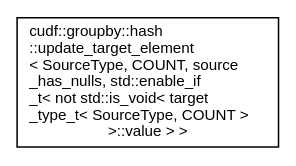
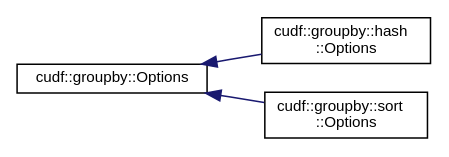
Before and after one commit to rapidsai/projects: the diagram in libcudf/0.9.0/inherit_graph_100.dot, drawn with Graphviz. The commit also changed 707 other files, not shown here.

```diff
--- a/libcudf/0.9.0/inherit_graph_100.dot
+++ b/libcudf/0.9.0/inherit_graph_100.dot
@@ -1,7 +1,11 @@
 digraph "Graphical Class Hierarchy"
 {
   edge [fontname="Helvetica",fontsize="10",labelfontname="Helvetica",labelfontsize="10"];
   node [fontname="Helvetica",fontsize="10",shape=record];
   rankdir="LR";
-  Node0 [label="cudf::groupby::hash\l::update_target_element\l\< SourceType, COUNT, source\l_has_nulls, std::enable_if\l_t\< not std::is_void\< target\l_type_t\< SourceType, COUNT \>\l \>::value \> \>",height=0.2,width=0.4,color="black", fillcolor="white", style="filled",URL="$structcudf_1_1groupby_1_1hash_1_1update__target__element_3_01SourceType_00_01COUNT_00_01source__4f43f87857622549b36f0c6c99802e85.html",tooltip="Specialization for COUNT. "];
+  Node0 [label="cudf::groupby::Options",height=0.2,width=0.4,color="black", fillcolor="white", style="filled",URL="$structcudf_1_1groupby_1_1Options.html",tooltip="Top-level options for controlling behavior of the groupby operation. "];
+  Node0 -> Node1 [dir="back",color="midnightblue",fontsize="10",style="solid",fontname="Helvetica"];
+  Node1 [label="cudf::groupby::hash\l::Options",height=0.2,width=0.4,color="black", fillcolor="white", style="filled",URL="$structcudf_1_1groupby_1_1hash_1_1Options.html",tooltip="Options unique to the hash-based groupby "];
+  Node0 -> Node2 [dir="back",color="midnightblue",fontsize="10",style="solid",fontname="Helvetica"];
+  Node2 [label="cudf::groupby::sort\l::Options",height=0.2,width=0.4,color="black", fillcolor="white", style="filled",URL="$structcudf_1_1groupby_1_1sort_1_1Options.html",tooltip="Options unique to the sort-based groupby. "];
 }
```
